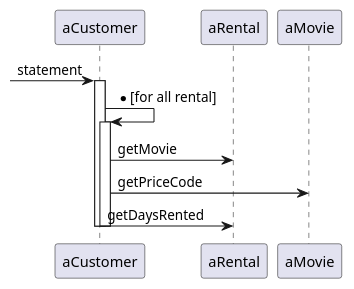
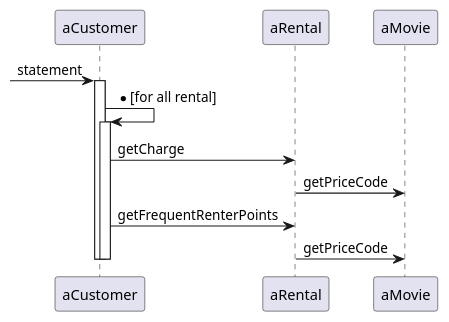
One commit to hiroshima-arc/re_zero_tdd changed the third of 3 diagrams in docs/src/spec/video_rental.adoc. Above: the diagram before and after it, drawn with PlantUML. The commit also changed other lines of this file and 3 other files, not shown here.

```diff
--- a/docs/src/spec/video_rental.adoc
+++ b/docs/src/spec/video_rental.adoc
@@ -54,12 +56,13 @@
 [plantuml]
 ----
 -> aCustomer: statement
    activate aCustomer
        aCustomer -> aCustomer :*[for all rental]
        activate aCustomer
-           aCustomer -> aRental :getMovie
-           aCustomer -> aMovie :getPriceCode
-           aCustomer -> aRental :getDaysRented
+           aCustomer -> aRental :getCharge
+           aRental -> aMovie :getPriceCode
+           aCustomer -> aRental :getFrequentRenterPoints
+           aRental -> aMovie :getPriceCode
        deactivate aCustomer
    deactivate aCustomer
 ----
```
